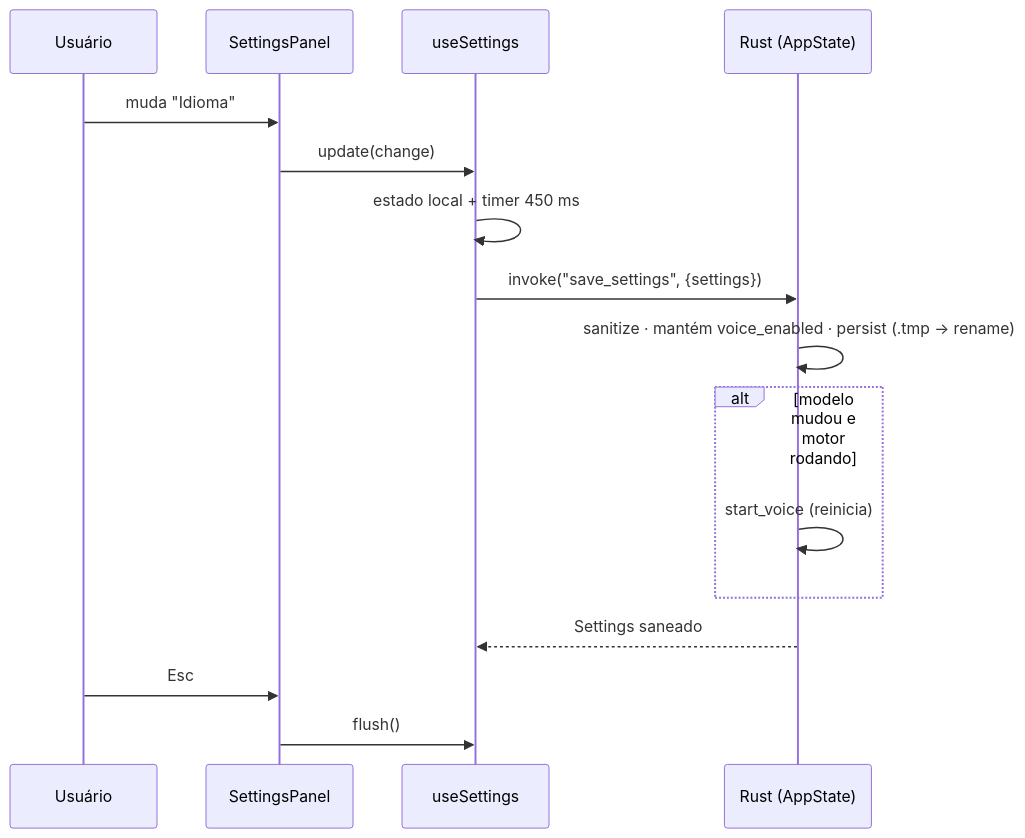
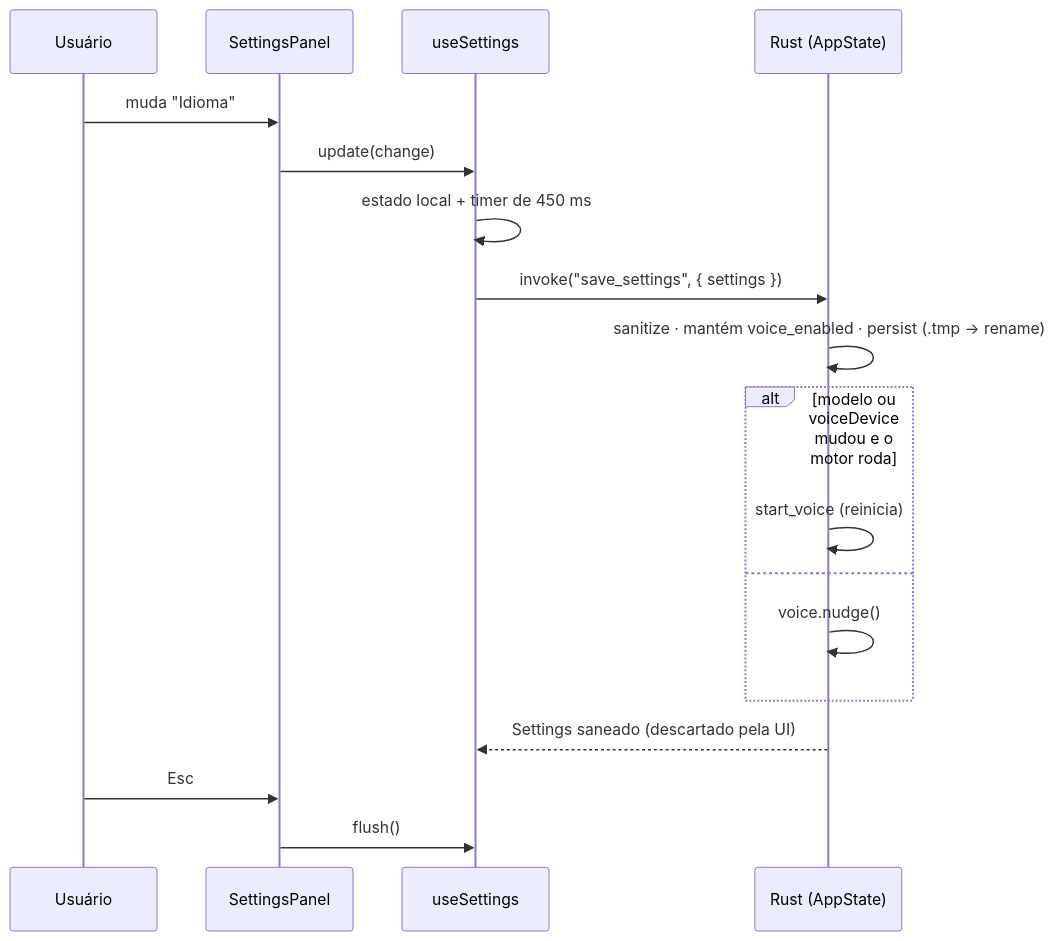
The diagram in .specs/features/settings/spec.md (felipeAguiarCode/jvOS), drawn with Mermaid before and after one commit. The commit also changed other lines of this file and 90 other files, not shown here.

````diff
--- a/.specs/features/settings/spec.md
+++ b/.specs/features/settings/spec.md
@@ -368,18 +484,20 @@
 ```mermaid
 sequenceDiagram
   participant U as Usuário
   participant UI as SettingsPanel
   participant H as useSettings
   participant R as Rust (AppState)
   U->>UI: muda "Idioma"
   UI->>H: update(change)
-  H->>H: estado local + timer 450 ms
-  H->>R: invoke("save_settings", {settings})
+  H->>H: estado local + timer de 450 ms
+  H->>R: invoke("save_settings", { settings })
   R->>R: sanitize · mantém voice_enabled · persist (.tmp → rename)
-  alt modelo mudou e motor rodando
+  alt modelo ou voiceDevice mudou e o motor roda
     R->>R: start_voice (reinicia)
+  else
+    R->>R: voice.nudge()
   end
-  R-->>H: Settings saneado
+  R-->>H: Settings saneado (descartado pela UI)
   U->>UI: Esc
   UI->>H: flush()
 ```
````
